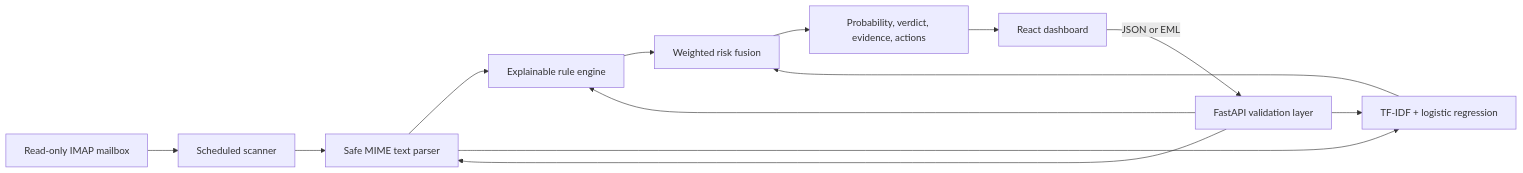
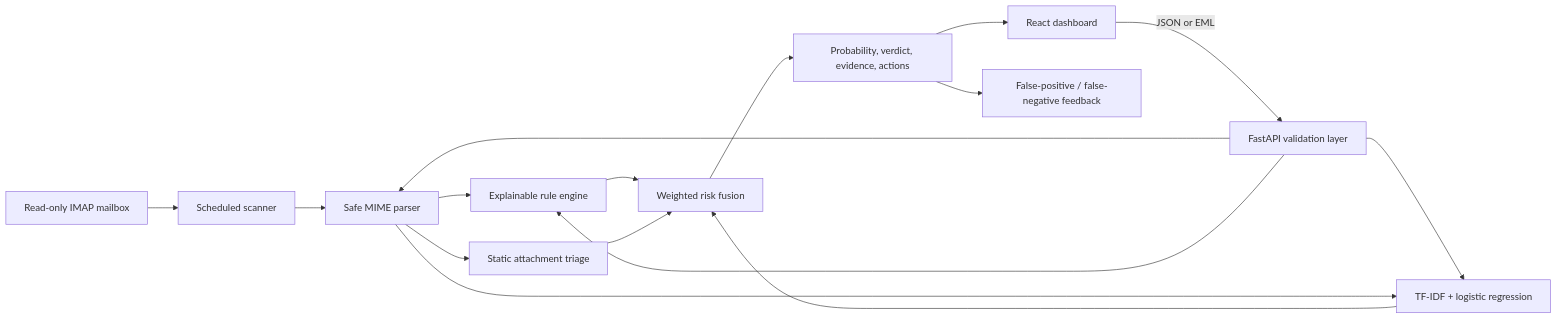
The diagram in README.md (khaledhamadeh2-lgtm/ai-phishing-email-detector), drawn with Mermaid before and after one commit. The commit also changed other lines of this file and 4 other files, not shown here.

Commit message:
Document feedback and attachment triage workflow

````diff
--- a/README.md
+++ b/README.md
@@ -26,15 +27,18 @@
 ```mermaid
 flowchart LR
     Mailbox["Read-only IMAP mailbox"] --> Worker["Scheduled scanner"]
     Worker --> Parser
     UI["React dashboard"] -->|JSON or EML| API["FastAPI validation layer"]
-    API --> Parser["Safe MIME text parser"]
+    API --> Parser["Safe MIME parser"]
     API --> Rules["Explainable rule engine"]
     API --> ML["TF-IDF + logistic regression"]
     Parser --> Rules
     Parser --> ML
+    Parser --> Attachments["Static attachment triage"]
     Rules --> Fusion["Weighted risk fusion"]
     ML --> Fusion
+    Attachments --> Fusion
     Fusion --> Report["Probability, verdict, evidence, actions"]
+    Report --> Feedback["False-positive / false-negative feedback"]
     Report --> UI
 ```
````
